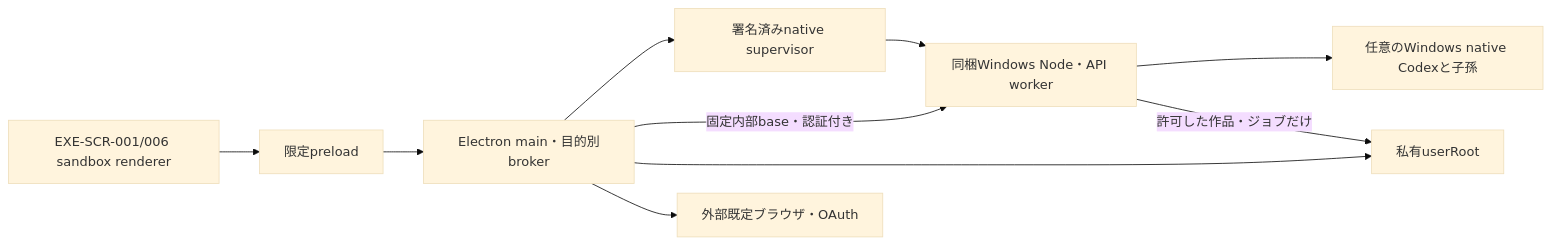
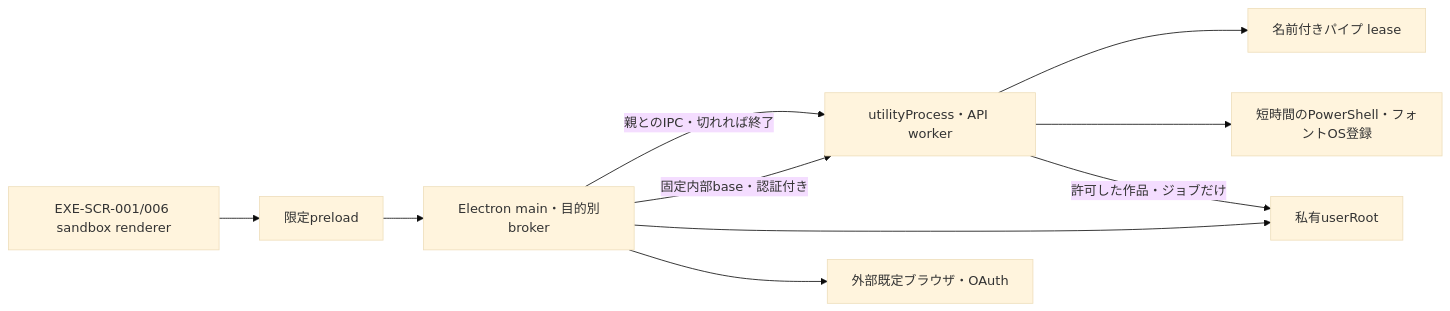
One commit to itiwoja/DC-Designer changed the first of 6 diagrams in docs/desktop-release-runtime.md. Above: the diagram before and after it, drawn with Mermaid (base theme). The commit also changed other lines of this file and 1 other file, not shown here.

````diff
--- a/docs/desktop-release-runtime.md
+++ b/docs/desktop-release-runtime.md
@@ -17,12 +17,12 @@
 ```mermaid
 flowchart LR
   R[EXE-SCR-001/006 sandbox renderer] --> P[限定preload]
   P --> M[Electron main・目的別broker]
-  M --> S[署名済みnative supervisor]
-  S --> N[同梱Windows Node・API worker]
-  N --> C[任意のWindows native Codexと子孫]
+  M -->|親とのIPC・切れれば終了| N[utilityProcess・API worker]
+  N --> L[名前付きパイプ lease]
+  N --> F[短時間のPowerShell・フォントOS登録]
   M -->|固定内部base・認証付き| N
   M --> D[私有userRoot]
   N -->|許可した作品・ジョブだけ| D
   M --> B[外部既定ブラウザ・OAuth]
 ```
````
